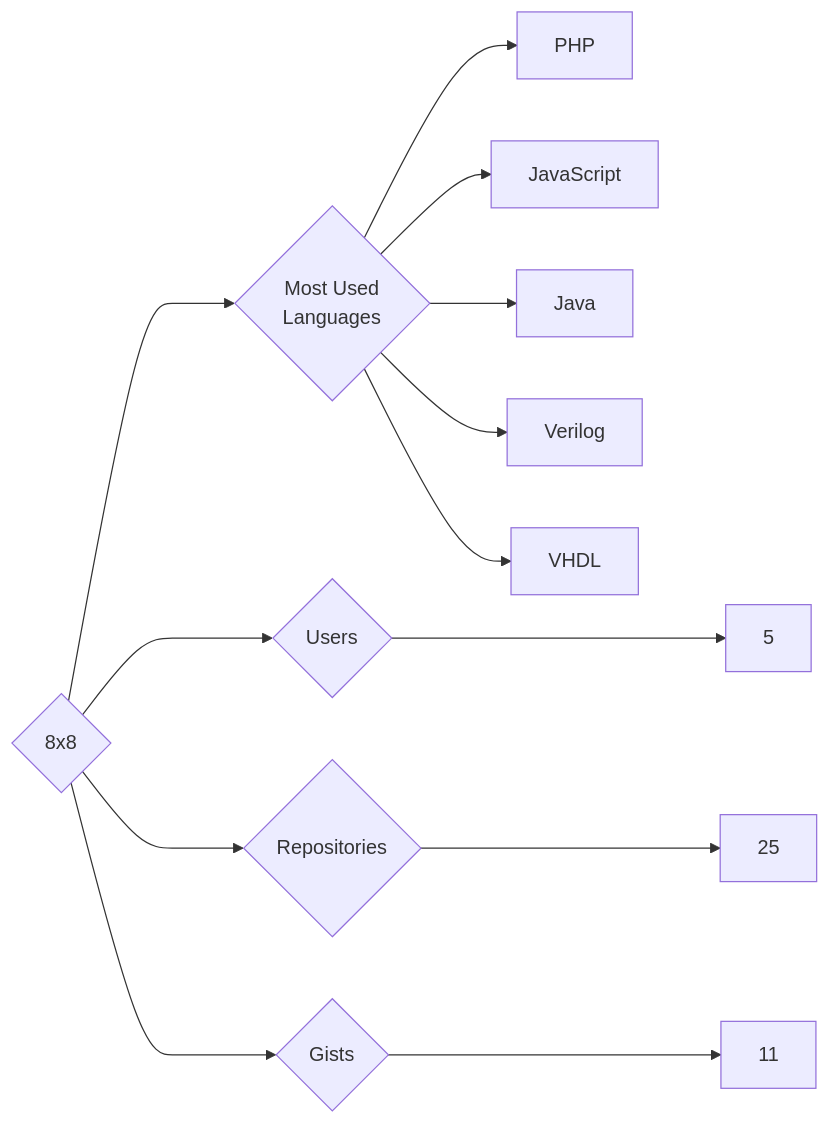
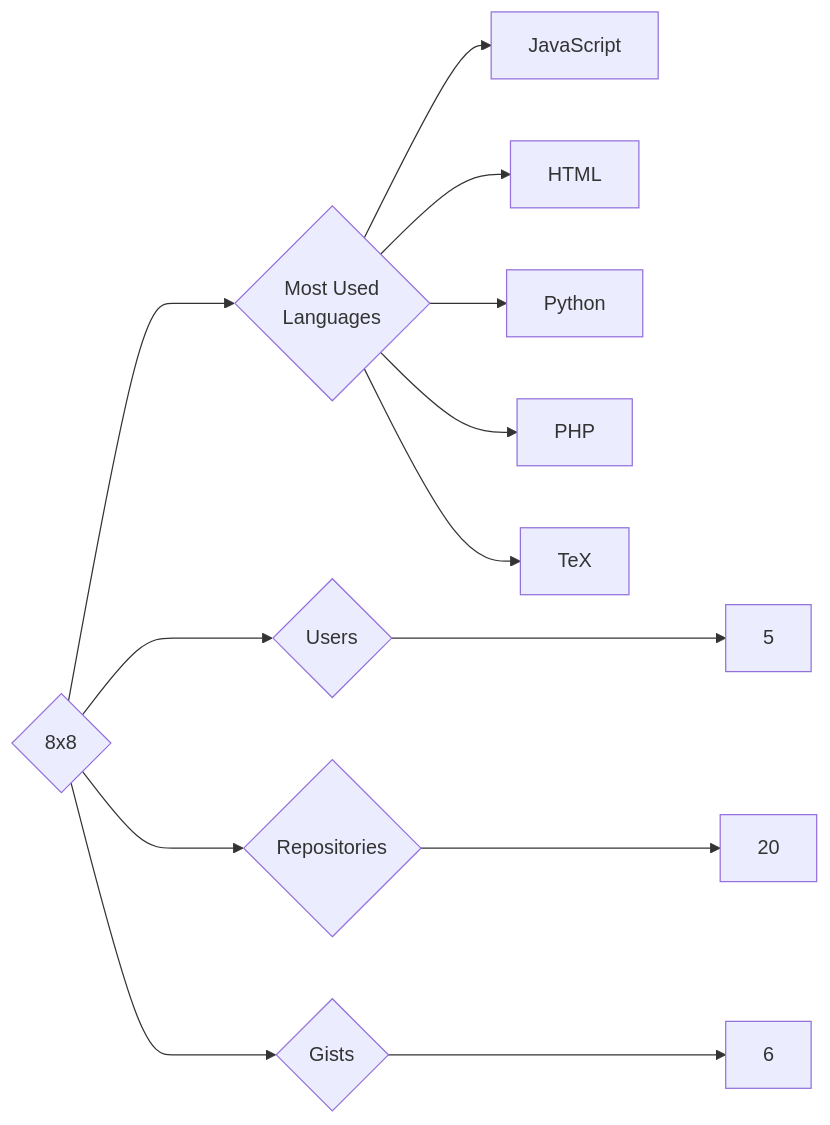
One commit to trickest/insiders changed the diagram in targets/8x8/README.md. Above: the diagram before and after it, drawn with Mermaid. The commit also changed 993 other files, not shown here.

````diff
--- a/targets/8x8/README.md
+++ b/targets/8x8/README.md
@@ -3,13 +3,13 @@
 ```mermaid
 graph LR
 COMPANY_NAME{8x8}
 COMPANY_NAME ---> U{Users} ---> UN[5]
-COMPANY_NAME ---> R{Repositories} ---> RN[25]
-COMPANY_NAME ---> G{Gists} ---> GN[11]
+COMPANY_NAME ---> R{Repositories} ---> RN[20]
+COMPANY_NAME ---> G{Gists} ---> GN[6]
 COMPANY_NAME ---> ML{Most Used<br>Languages}
+ML --> JavaScript[JavaScript]
+ML --> HTML[HTML]
+ML --> Python[Python]
 ML --> PHP[PHP]
-ML --> JavaScript[JavaScript]
-ML --> Java[Java]
-ML --> Verilog[Verilog]
-ML --> VHDL[VHDL]
+ML --> TeX[TeX]
 ```
````
